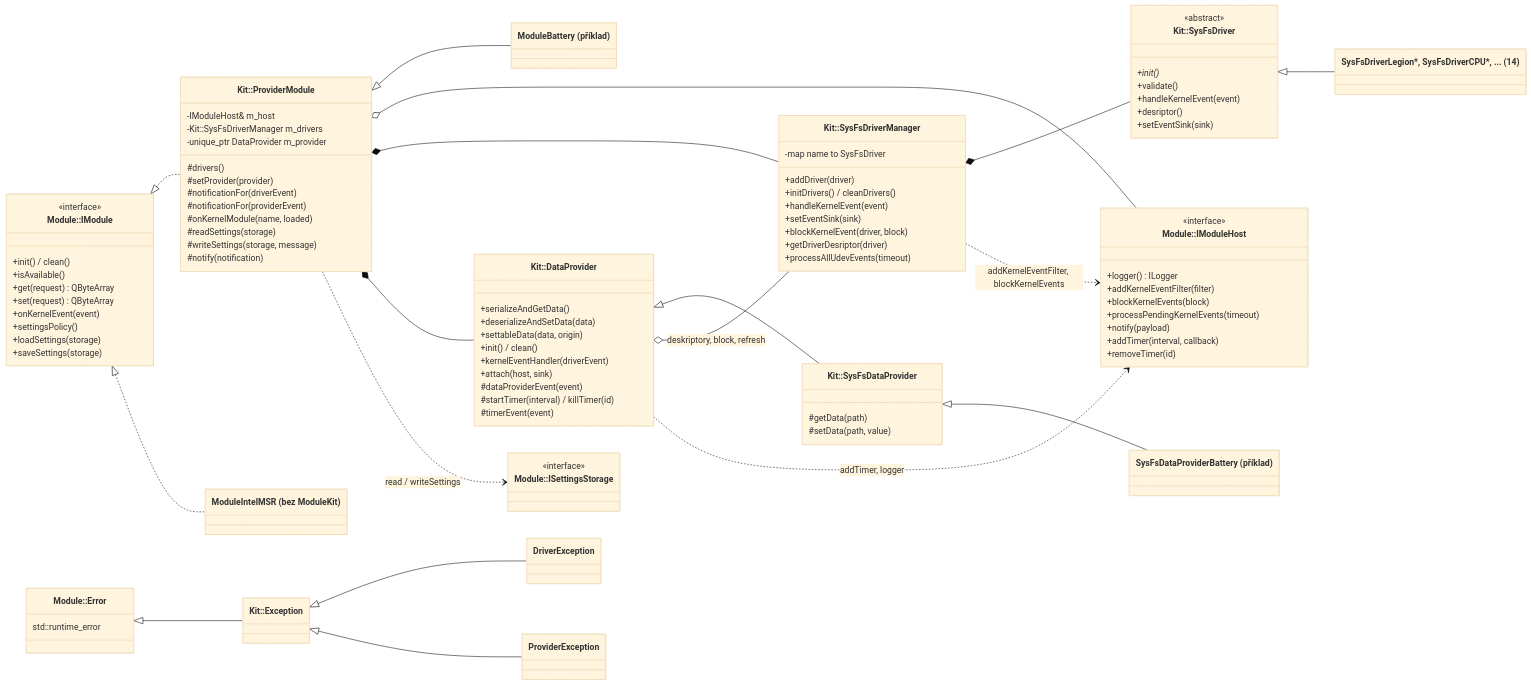
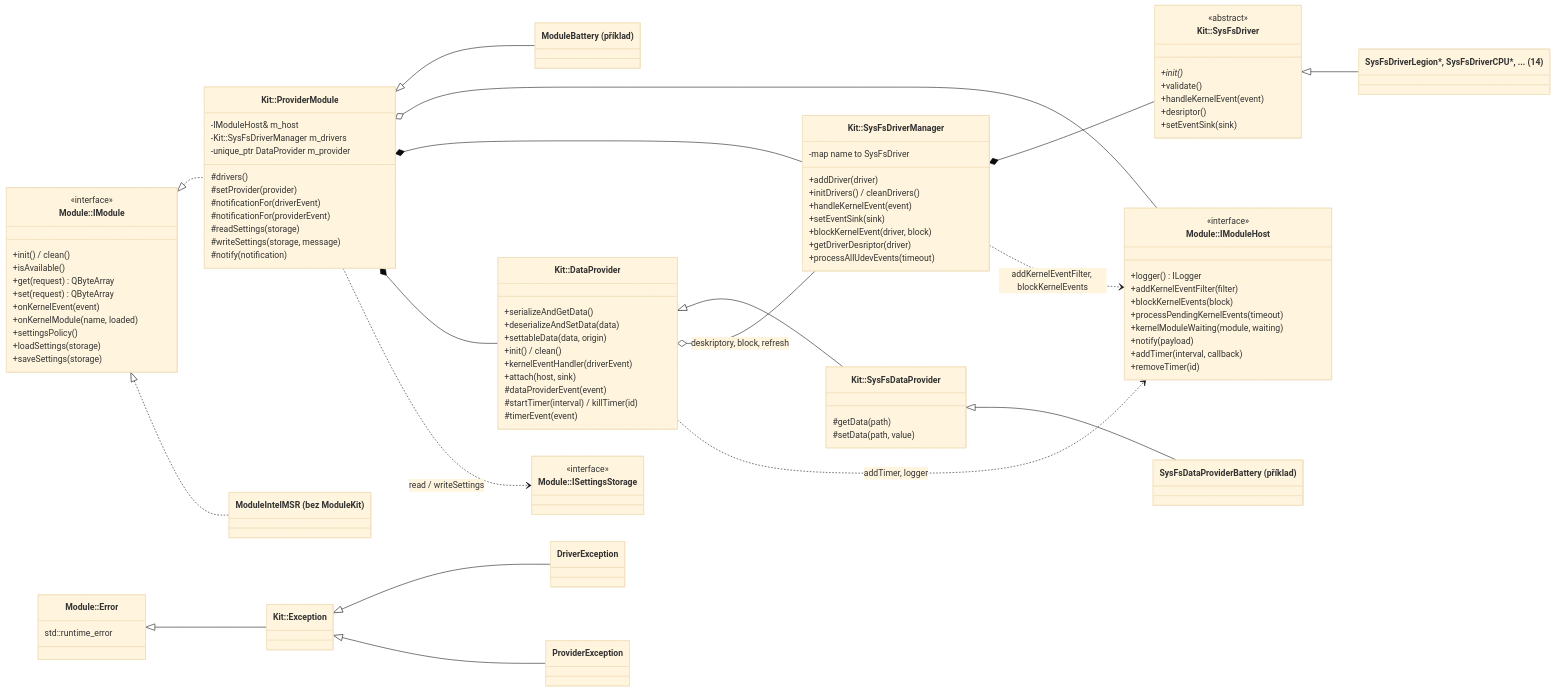
The second of 7 diagrams in LenovoLegion/LenovoLegion-Daemon/ModulesDesign.md (bolekjar/lenovo-legion-linux-toolkit), drawn with Mermaid (base theme) before and after one commit. The commit also changed other lines of this file and 33 other files, not shown here.

```diff
--- a/LenovoLegion/LenovoLegion-Daemon/ModulesDesign.md
+++ b/LenovoLegion/LenovoLegion-Daemon/ModulesDesign.md
@@ -705,6 +711,7 @@
         +get(request) QByteArray
         +set(request) QByteArray
         +onKernelEvent(event)
+        +onKernelModule(name, loaded)
         +settingsPolicy()
         +loadSettings(storage)
         +saveSettings(storage)
@@ -715,6 +722,7 @@
         +addKernelEventFilter(filter)
         +blockKernelEvents(block)
         +processPendingKernelEvents(timeout)
+        +kernelModuleWaiting(module, waiting)
         +notify(payload)
         +addTimer(interval, callback)
         +removeTimer(id)
@@ -734,7 +742,6 @@
         #setProvider(provider)
         #notificationFor(driverEvent)
         #notificationFor(providerEvent)
-        #onKernelModule(name, loaded)
         #readSettings(storage)
         #writeSettings(storage, message)
         #notify(notification)
```
